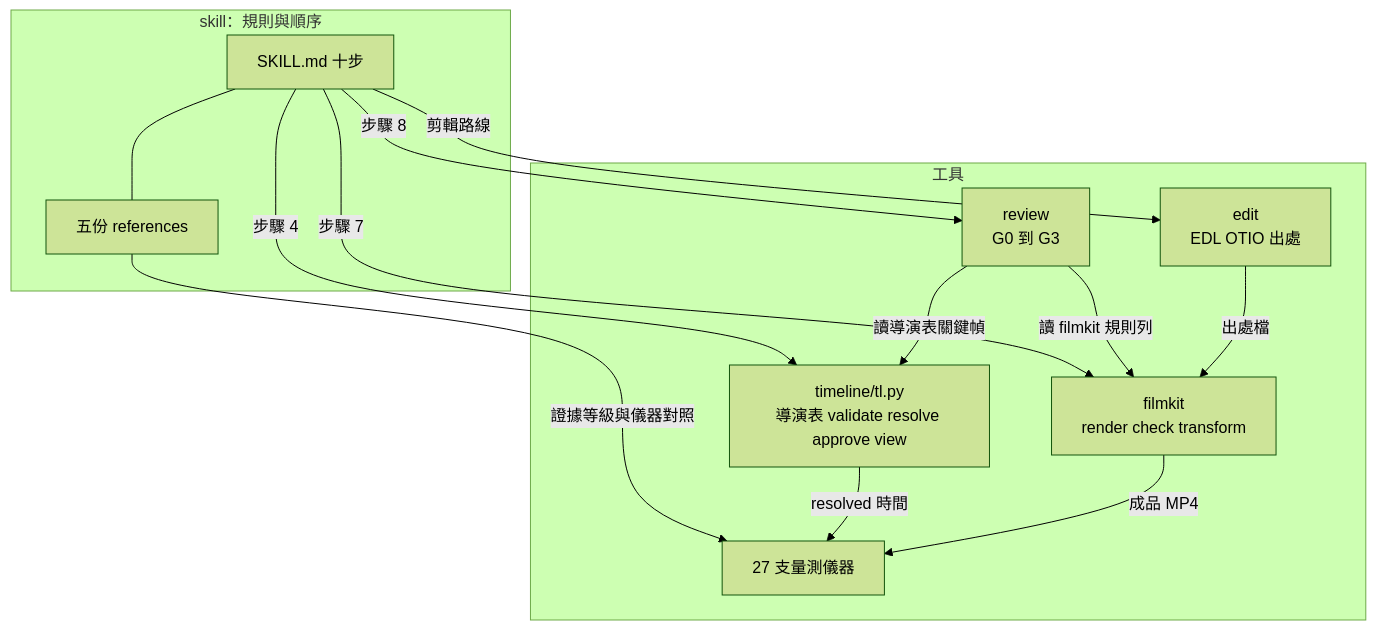
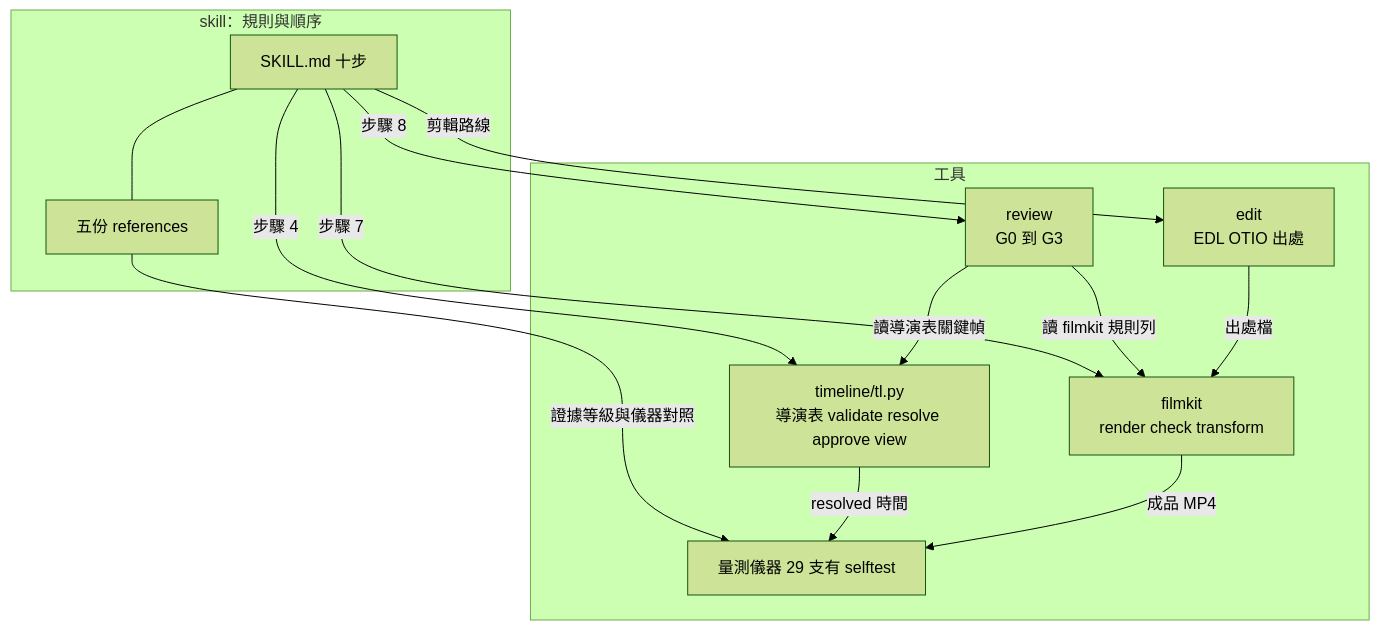
One commit to WizerdBaChe/motion-video-kit changed the first of 2 diagrams in docs/DEVELOPER.md. Above: the diagram before and after it, drawn with Mermaid (forest theme). The commit also changed other lines of this file and 14 other files, not shown here.

````diff
--- a/docs/DEVELOPER.md
+++ b/docs/DEVELOPER.md
@@ -43,23 +43,23 @@
 ```mermaid
 flowchart TB
   subgraph skill[skill：規則與順序]
     S[SKILL.md 十步] --- R[五份 references]
   end
   subgraph tools[工具]
     TL[timeline/tl.py<br>導演表 validate resolve approve view]
     FK[filmkit<br>render check transform]
     RV[review<br>G0 到 G3]
     ED[edit<br>EDL OTIO 出處]
-    IN[27 支量測儀器]
+    IN[量測儀器 29 支有 selftest]
   end
   S -->|步驟 4| TL
   S -->|步驟 7| FK
   S -->|步驟 8| RV
   S -->|剪輯路線| ED
   R -->|證據等級與儀器對照| IN
   TL -->|resolved 時間| IN
   FK -->|成品 MP4| IN
   RV -->|讀 filmkit 規則列| FK
   RV -->|讀導演表關鍵幀| TL
   ED -->|出處檔| FK
 ```
````
